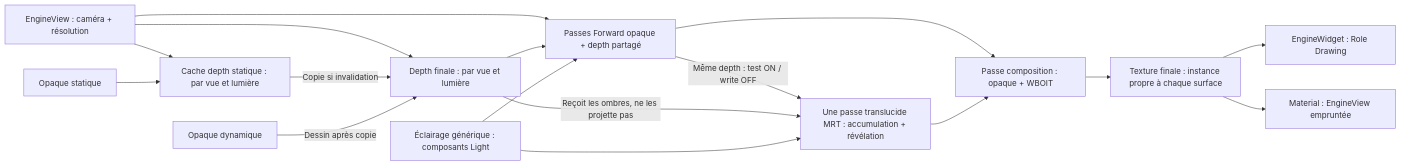
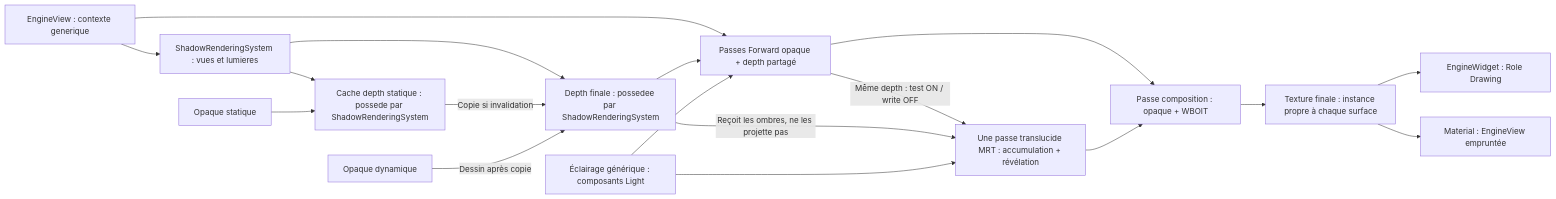
Before and after one commit to EreliaStudio/Sparkle: diagram 14 of 14 in docs/voxel-engine-v0.1.4-specification.md, drawn with Mermaid. The commit also changed other lines of this file, not shown here.

Commit message:
docs(v0.1.4): move ShadowMode MeshFilter and shadow cache ownership out of EngineView into dedicated shadow components/system

````diff
--- a/docs/voxel-engine-v0.1.4-specification.md
+++ b/docs/voxel-engine-v0.1.4-specification.md
@@ -1141,19 +1111,20 @@
 ```mermaid
 flowchart LR
-  S["EngineView : caméra + résolution"] --> StaticShadow["Cache depth statique : par vue et lumière"]
-  S --> FinalShadow["Depth finale : par vue et lumière"]
+  S["EngineView : contexte generique"] --> SR["ShadowRenderingSystem : vues et lumieres"]
+  SR --> StaticShadow["Cache depth statique : possede par ShadowRenderingSystem"]
+  SR --> FinalShadow["Depth finale : possedee par ShadowRenderingSystem"]
   StaticCasters["Opaque statique"] --> StaticShadow
   StaticShadow -->|"Copie si invalidation"| FinalShadow
   DynamicCasters["Opaque dynamique"] -->|"Dessin après copie"| FinalShadow
   S --> Opaque["Passes Forward opaque + depth partagé"]
   FinalShadow --> Opaque
   Opaque -->|"Même depth : test ON / write OFF"| Trans["Une passe translucide MRT : accumulation + révélation"]
   FinalShadow -->|"Reçoit les ombres, ne les projette pas"| Trans
   Opaque --> Compose["Passe composition : opaque + WBOIT"]
   Trans --> Compose
   Compose --> Tex["Texture finale : instance propre à chaque surface"]
   Tex --> Main["EngineWidget : Role Drawing"]
   Tex --> Other["Material : EngineView empruntée"]
   L["Éclairage générique : composants Light"] --> Opaque
   L --> Trans
 ```
````
